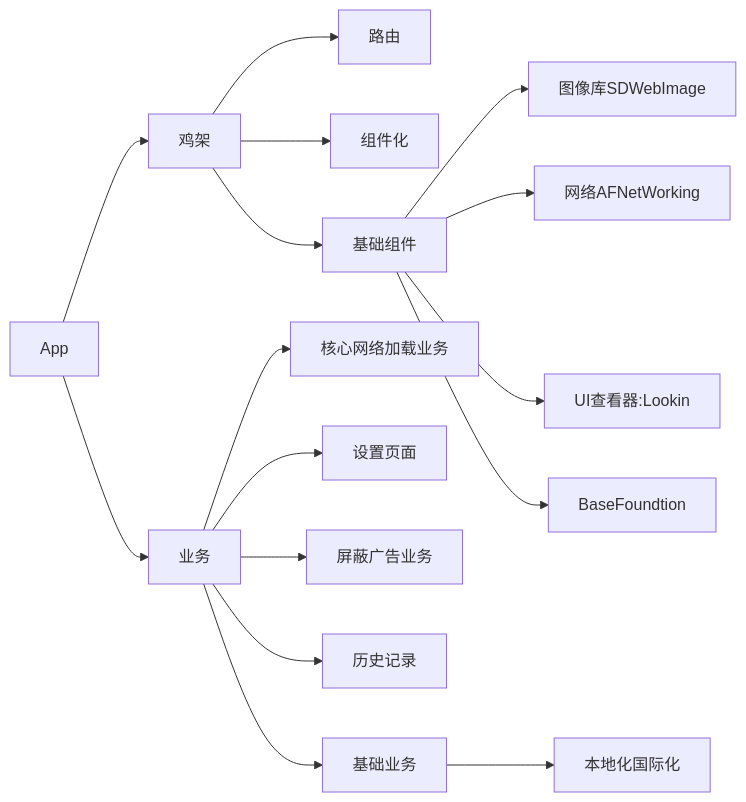
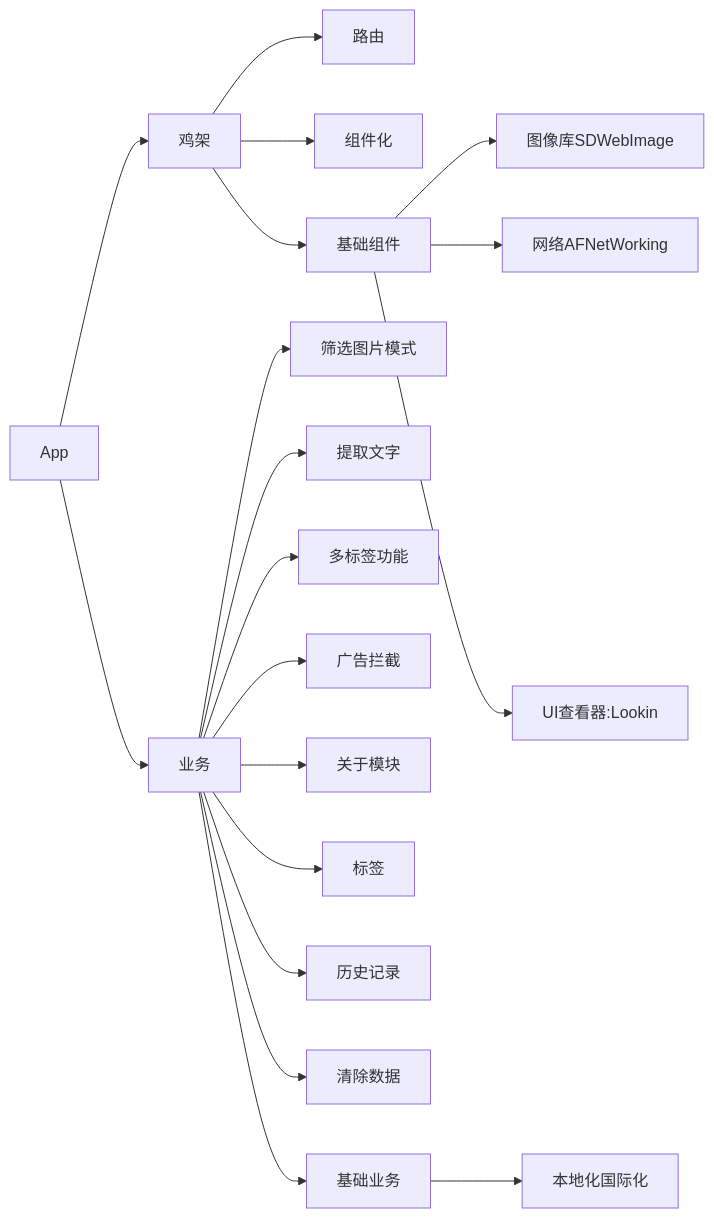
The diagram in content/skill/2025-09-02-开发一款属于自己的 APP/index.md (Meteor-Z/Meteor-Z.github.io), drawn with Mermaid before and after one commit. The commit also changed other lines of this file, not shown here.

````diff
--- a/content/skill/2025-09-02-开发一款属于自己的 APP/index.md
+++ b/content/skill/2025-09-02-开发一款属于自己的 APP/index.md
@@ -49,26 +45,26 @@
 ```mermaid
 flowchart LR
 
   
   App --> 鸡架
   App --> 业务
 
   鸡架 --> 路由
   鸡架 --> 组件化
   鸡架 --> 基础组件
 
   基础组件 --> 图像库SDWebImage
   基础组件 --> 网络AFNetWorking
   基础组件 --> UI查看器:Lookin
-  基础组件 --> BaseFoundtion
-
   
-  业务 --> 核心网络加载业务
-  业务 --> 设置页面
-  业务 --> 屏蔽广告业务
+  业务 --> 筛选图片模式
+  业务 --> 提取文字
+  业务 --> 多标签功能
+  业务 --> 广告拦截
+  业务 --> 关于模块
+  业务 --> 标签
   业务 --> 历史记录
-  业务 --> 基础业务
-
-  基础业务 --> 本地化国际化
+  业务 --> 清除数据
+  业务 --> 基础业务 --> 本地化国际化
 
 ```
````
